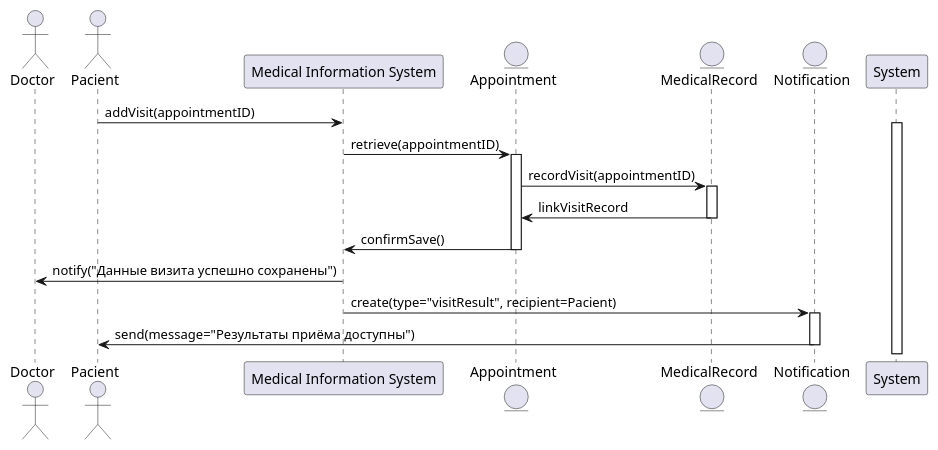
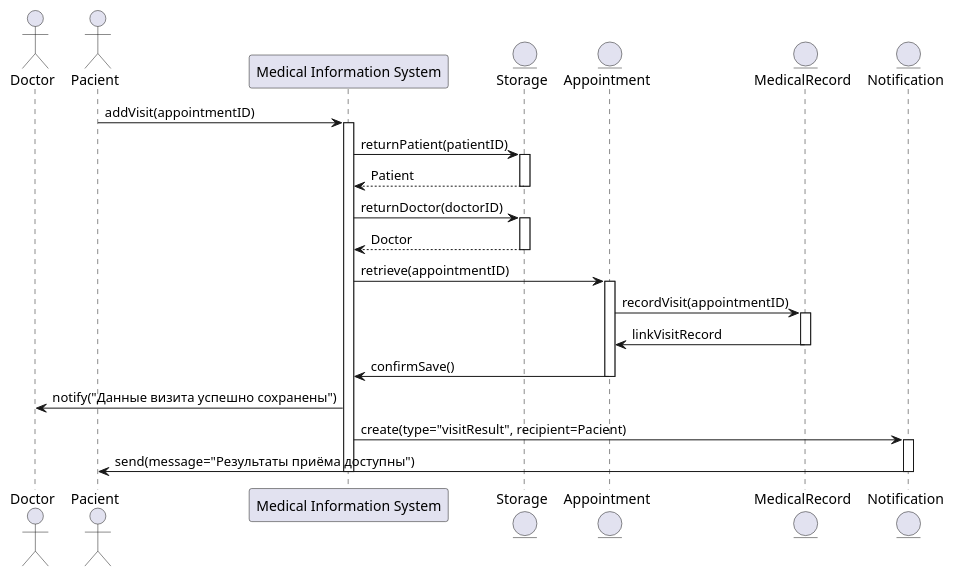
The diagram in Прецеденты/Диаграммы последовательностей/Проведение приёма/Проведение приёма.puml (penamarth/bsbo-13-23_team3_var3_clinic), drawn with PlantUML before and after one commit.

Commit message:
Update Проведение приёма.puml
v3.0

```diff
--- a/Прецеденты/Диаграммы последовательностей/Проведение приёма/Проведение приёма.puml
+++ b/Прецеденты/Диаграммы последовательностей/Проведение приёма/Проведение приёма.puml
@@ -1,25 +1,40 @@
 @startuml
 actor Doctor
 actor Pacient
 
 participant "Medical Information System" as MIS
+entity Storage
 entity Appointment
 entity MedicalRecord
 entity Notification
 
 Pacient -> MIS : addVisit(appointmentID)
-activate System
+activate MIS
+
+MIS -> Storage : returnPatient(patientID)
+activate Storage
+Storage --> MIS : Patient
+deactivate Storage
+
+MIS -> Storage : returnDoctor(doctorID)
+activate Storage
+Storage --> MIS : Doctor
+deactivate Storage
+
 MIS -> Appointment : retrieve(appointmentID)
 activate Appointment
 Appointment -> MedicalRecord : recordVisit(appointmentID)
 activate MedicalRecord
 MedicalRecord -> Appointment : linkVisitRecord
 deactivate MedicalRecord
 Appointment -> MIS : confirmSave()
 deactivate Appointment
+
 MIS -> Doctor : notify("Данные визита успешно сохранены")
 MIS -> Notification : create(type="visitResult", recipient=Pacient)
 activate Notification
 Notification -> Pacient : send(message="Результаты приёма доступны")
 deactivate Notification
+
+deactivate MIS
 @enduml
```
